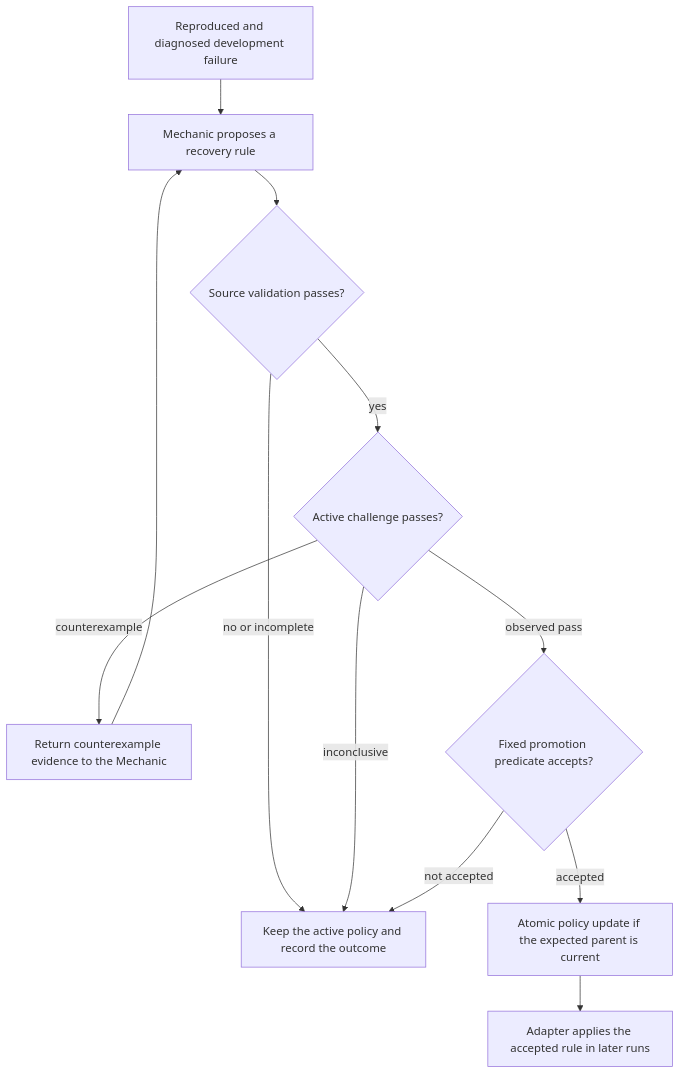
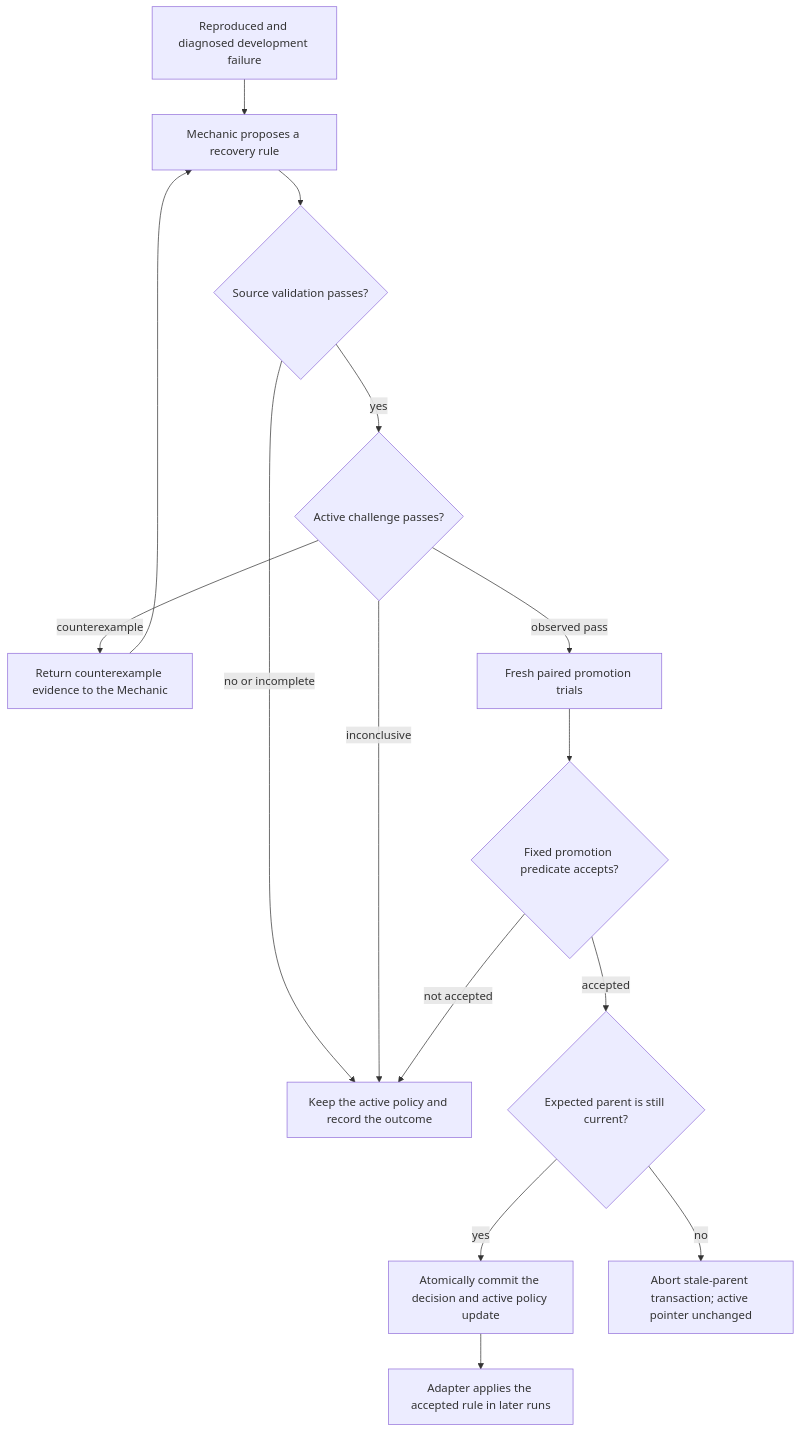
Before and after one commit to ShreeBohara/faultlab: the diagram in docs/architecture.md, drawn with Mermaid. The commit also changed other lines of this file, not shown here.

Commit message:
Clarify promotion trials and stale-parent rejection

````diff
--- a/docs/architecture.md
+++ b/docs/architecture.md
@@ -17,14 +17,17 @@
 ```mermaid
 flowchart TD
   F[Reproduced and diagnosed development failure] --> M[Mechanic proposes a recovery rule]
   M --> S{Source validation passes?}
   S -->|yes| C{Active challenge passes?}
   S -->|no or incomplete| K[Keep the active policy and record the outcome]
   C -->|counterexample| E[Return counterexample evidence to the Mechanic]
   E --> M
   C -->|inconclusive| K
-  C -->|observed pass| P{Fixed promotion predicate accepts?}
+  C -->|observed pass| V[Fresh paired promotion trials]
+  V --> P{Fixed promotion predicate accepts?}
   P -->|not accepted| K
-  P -->|accepted| A[Atomic policy update if the expected parent is current]
+  P -->|accepted| G{Expected parent is still current?}
+  G -->|yes| A[Atomically commit the decision and active policy update]
+  G -->|no| X[Abort stale-parent transaction; active pointer unchanged]
   A --> R[Adapter applies the accepted rule in later runs]
 ```
````
